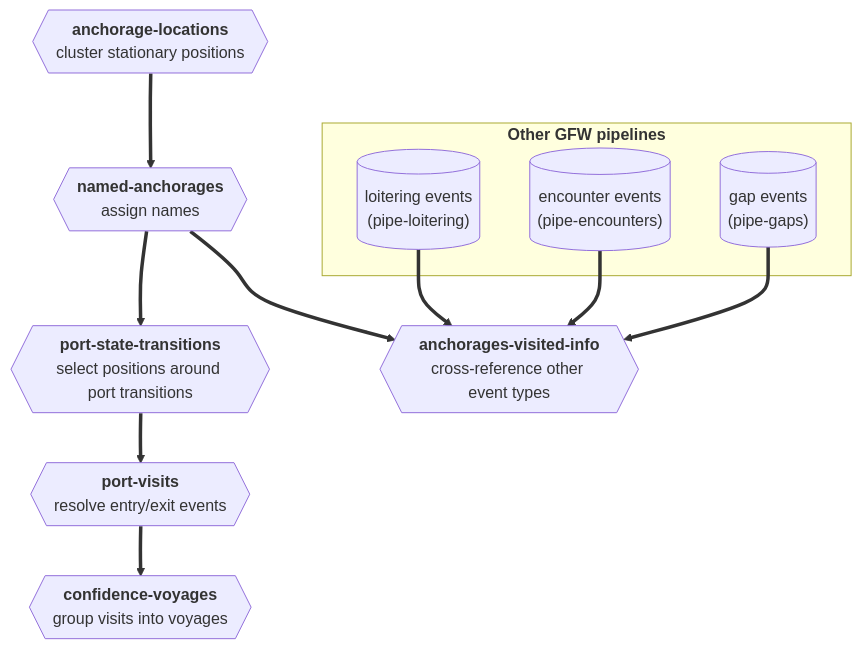
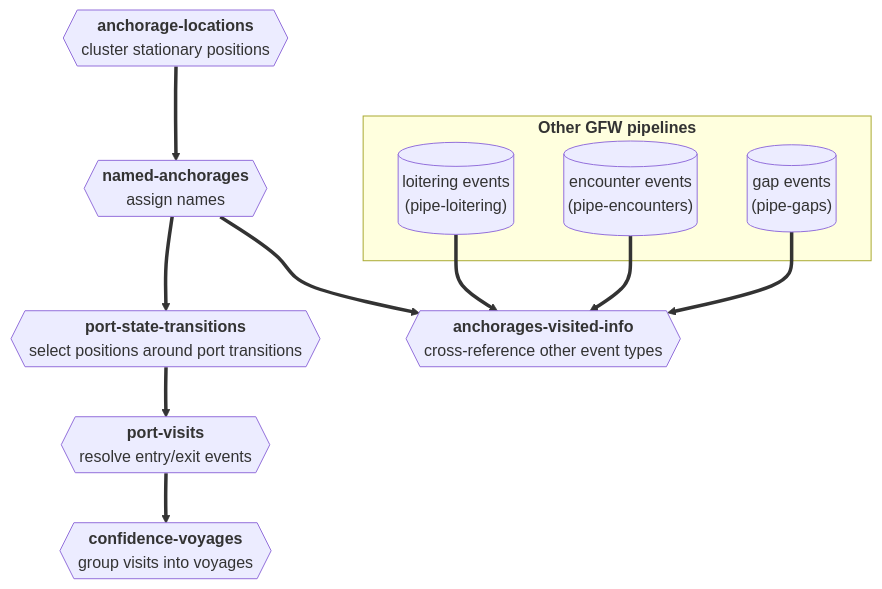
One commit to GlobalFishingWatch/anchorages_pipeline changed the diagram in README.md. Above: the diagram before and after it, drawn with Mermaid. The commit also changed other lines of this file, not shown here.

Commit message:
Fix mermaid diagram and add ci passing badge

````diff
--- a/README.md
+++ b/README.md
@@ -75,21 +78,29 @@
 ```mermaid
+---
+config:
+  look: classic
+  layout: dagre
+  flowchart:
+    wrappingWidth: 400
+    padding: 8
+---
 flowchart TD
     AP{{"<b>anchorage-locations</b><br/>cluster stationary positions"}}
     NA{{"<b>named-anchorages</b><br/>assign names"}}
     TM{{"<b>port-state-transitions</b><br/>select positions around port transitions"}}
     PV{{"<b>port-visits</b><br/>resolve entry/exit events"}}
     CV{{"<b>confidence-voyages</b><br/>group visits into voyages"}}
     AVI{{"<b>anchorages-visited-info</b><br/>cross-reference other event types"}}
 
     subgraph OTHER["<b>Other GFW pipelines</b>"]
         LOI[("loitering events<br/>(pipe-loitering)")]
         ENC[("encounter events<br/>(pipe-encounters)")]
         GAP[("gap events<br/>(pipe-gaps)")]
     end
 
     AP ==> NA ==> TM ==> PV ==> CV
     NA ==> AVI
     LOI ==> AVI
     ENC ==> AVI
     GAP ==> AVI
 ```
````
